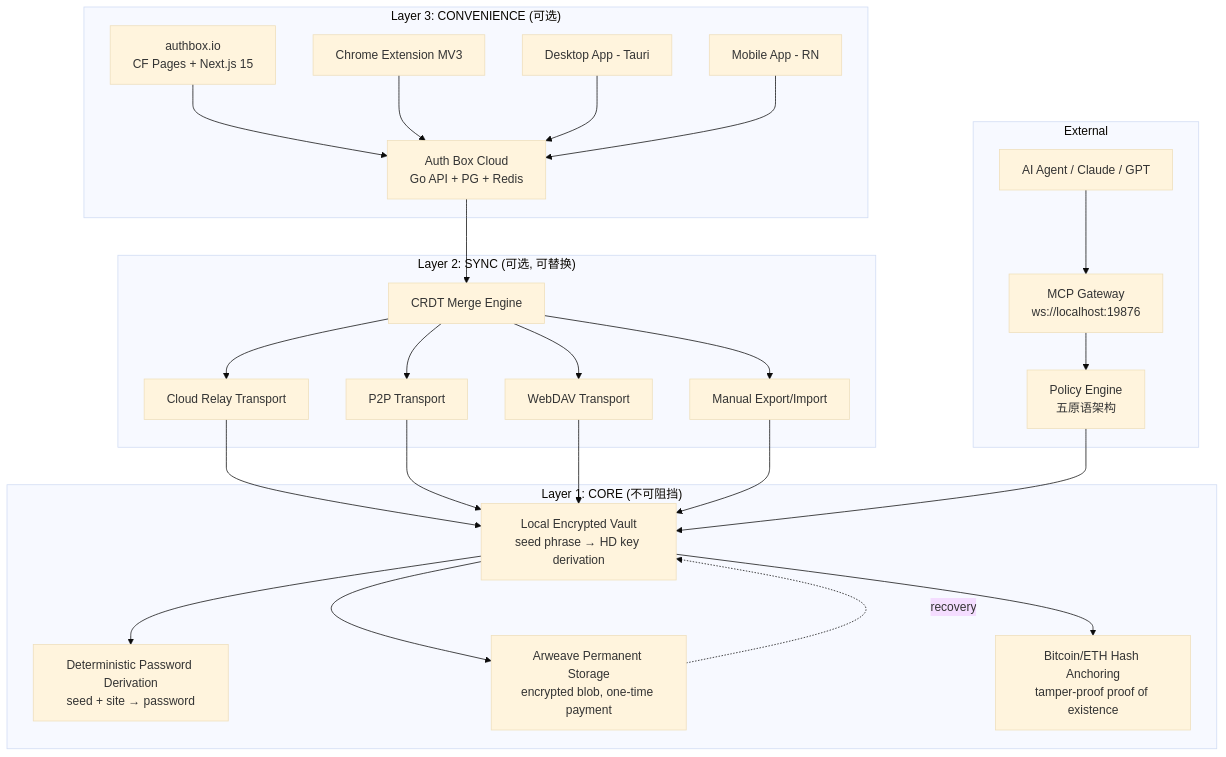
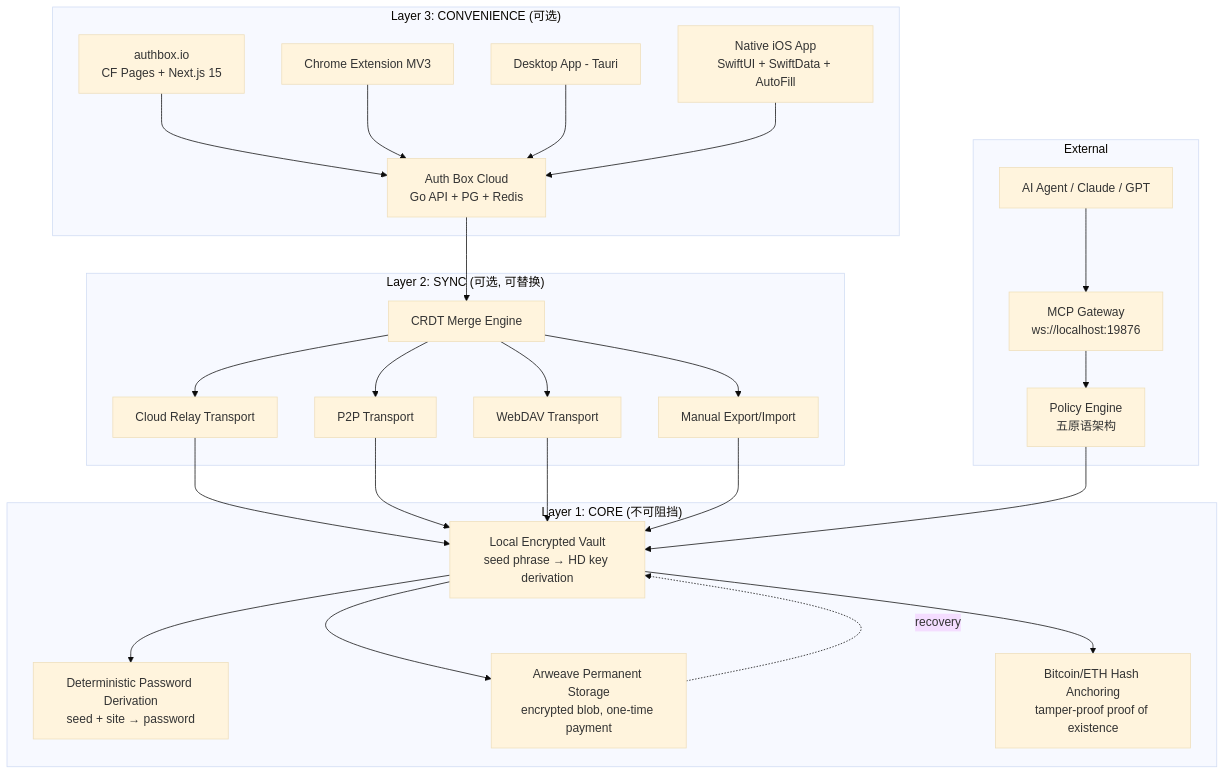
One commit to MARUCIE/authbox changed the first of 7 diagrams in doc/00_project/initiative_10_auth_box/SYSTEM_ARCHITECTURE.md. Above: the diagram before and after it, drawn with Mermaid (base theme). The commit also changed other lines of this file and 124 other files, not shown here.

````diff
--- a/doc/00_project/initiative_10_auth_box/SYSTEM_ARCHITECTURE.md
+++ b/doc/00_project/initiative_10_auth_box/SYSTEM_ARCHITECTURE.md
@@ -49,56 +49,56 @@
 ```mermaid
 graph TD
     subgraph "Layer 3: CONVENIENCE (可选)"
         CLOUD[Auth Box Cloud<br/>Go API + PG + Redis]
         WEB[authbox.io<br/>CF Pages + Next.js 15]
         EXT[Chrome Extension MV3]
         DESK[Desktop App - Tauri]
-        MOBILE[Mobile App - RN]
+        MOBILE[Native iOS App<br/>SwiftUI + SwiftData + AutoFill]
     end
 
     subgraph "Layer 2: SYNC (可选, 可替换)"
         CRDT[CRDT Merge Engine]
         RELAY[Cloud Relay Transport]
         P2P[P2P Transport]
         WEBDAV[WebDAV Transport]
         EXPORT[Manual Export/Import]
     end
 
     subgraph "Layer 1: CORE (不可阻挡)"
         VAULT[Local Encrypted Vault<br/>seed phrase → HD key derivation]
         DERIVE[Deterministic Password Derivation<br/>seed + site → password]
         ARWEAVE[Arweave Permanent Storage<br/>encrypted blob, one-time payment]
         ANCHOR[Bitcoin/ETH Hash Anchoring<br/>tamper-proof proof of existence]
     end
 
     subgraph "External"
         AGENT[AI Agent / Claude / GPT]
         MCP_SRV[MCP Gateway<br/>ws://localhost:19876]
         POLICY[Policy Engine<br/>五原语架构]
     end
 
     WEB --> CLOUD
     EXT --> CLOUD
     DESK --> CLOUD
     MOBILE --> CLOUD
 
     CLOUD --> CRDT
     CRDT --> RELAY
     CRDT --> P2P
     CRDT --> WEBDAV
     CRDT --> EXPORT
 
     RELAY --> VAULT
     P2P --> VAULT
     WEBDAV --> VAULT
     EXPORT --> VAULT
 
     VAULT --> DERIVE
     VAULT --> ARWEAVE
     VAULT --> ANCHOR
     ARWEAVE -.->|recovery| VAULT
 
     AGENT --> MCP_SRV
     MCP_SRV --> POLICY
     POLICY --> VAULT
 ```
````
